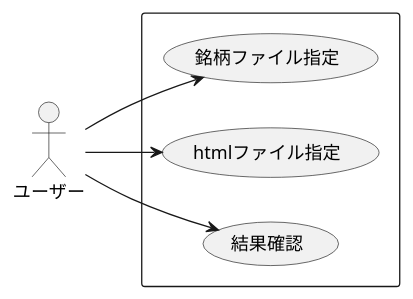
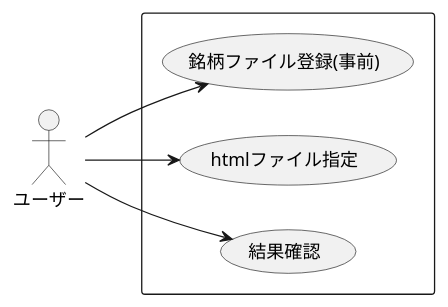
Before and after one commit to of3jlmssoo/djangorest-simple-app: the first of 3 diagrams in docs/readme.md, drawn with PlantUML. The commit also changed other lines of this file and 1 other file, not shown here.

````diff
--- a/docs/readme.md
+++ b/docs/readme.md
@@ -54,15 +58,15 @@
 ```plantuml
 @startuml
 left to right direction
 actor "ユーザー" as user
 rectangle {
-usecase "銘柄ファイル指定" as UC1
+usecase "銘柄ファイル登録(事前)" as UC1
 usecase "htmlファイル指定" as UC2
 usecase "結果確認" as UC3
 
 }
 user --> UC1
 user --> UC2
 user --> UC3
 @enduml
 ```
````
